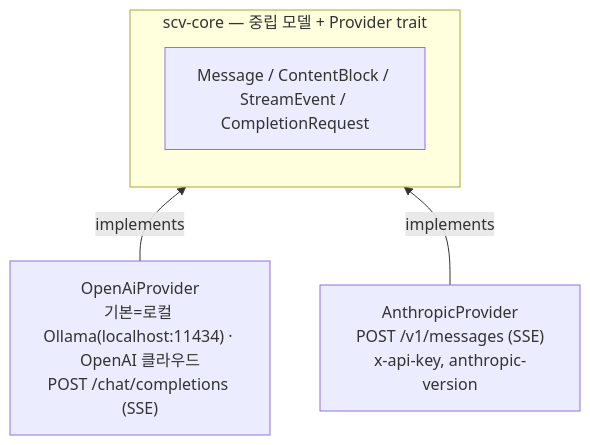
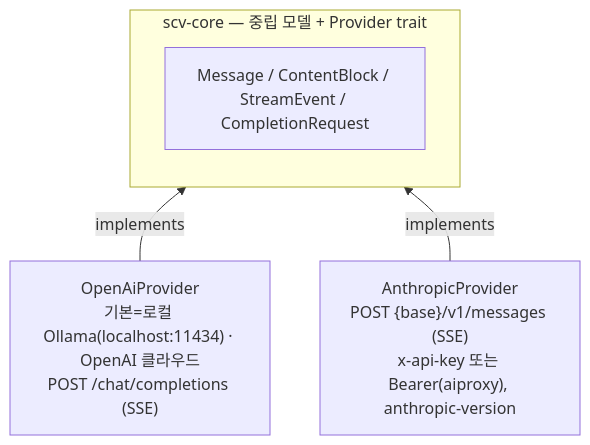
Before and after one commit to jaewookshin-bagelcode/scv: the third of 4 diagrams in docs/ARCHITECTURE.md, drawn with Mermaid. The commit also changed other lines of this file and 8 other files, not shown here.

First line of the commit message:
feat(scv-providers): aiproxy 경유 Anthropic bearer 인증 모드 (Phase 5a)

````diff
--- a/docs/ARCHITECTURE.md
+++ b/docs/ARCHITECTURE.md
@@ -116,10 +116,10 @@
 ```mermaid
 flowchart BT
     subgraph core["scv-core — 중립 모델 + Provider trait"]
         M["Message / ContentBlock / StreamEvent / CompletionRequest"]
     end
     O["OpenAiProvider<br/>기본=로컬 Ollama(localhost:11434) · OpenAI 클라우드<br/>POST /chat/completions (SSE)"]
-    A["AnthropicProvider<br/>POST /v1/messages (SSE)<br/>x-api-key, anthropic-version"]
+    A["AnthropicProvider<br/>POST {base}/v1/messages (SSE)<br/>x-api-key 또는 Bearer(aiproxy), anthropic-version"]
     O -- implements --> core
     A -- implements --> core
 ```
````
